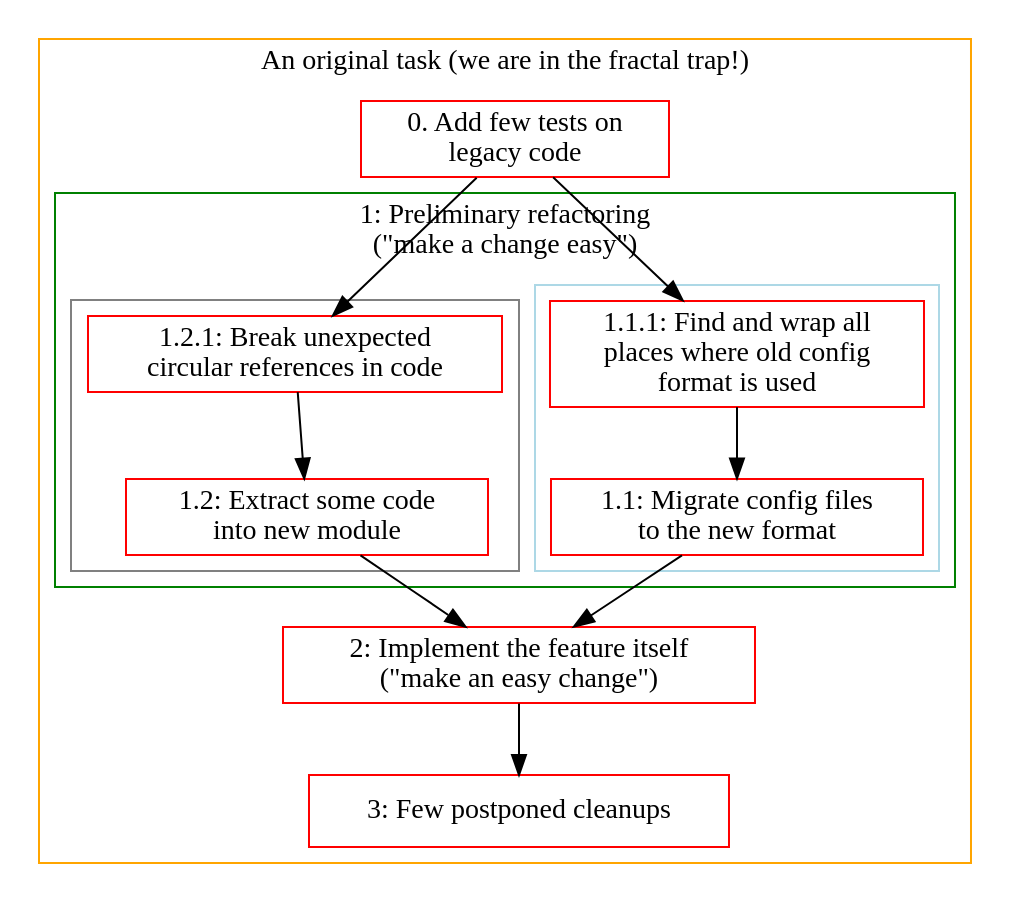
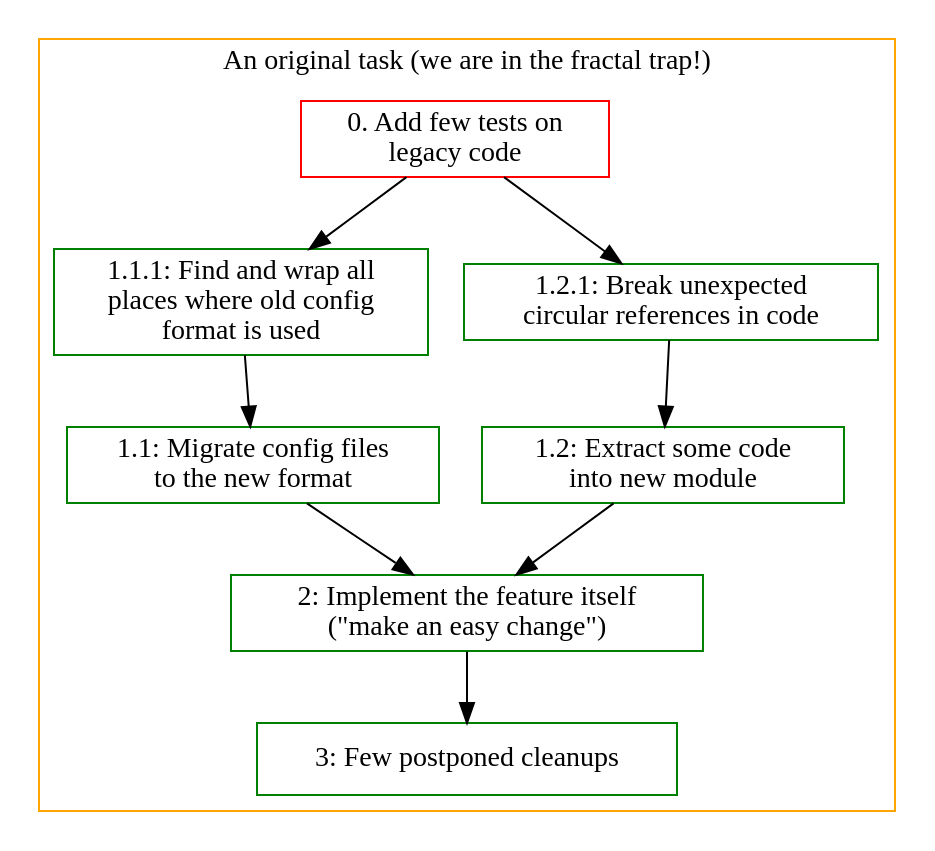
One commit to ahitrin/ahitrin.github.com changed the diagram in src/list-vs-fractals/4.dot. Above: the diagram before and after it, drawn with Graphviz. The commit also changed 14 other files, not shown here.

```diff
--- a/src/list-vs-fractals/4.dot
+++ b/src/list-vs-fractals/4.dot
@@ -1,44 +1,31 @@
 digraph g {
-node [shape=box, color=red];
+node [shape=box, color=green];
 edge [color=black];
 subgraph cluster_0 {
     color=orange;
     label = "An original task (we are in the fractal trap!)";
-    subgraph cluster_1 {
-        color = green;
-        label="1: Preliminary refactoring
-(&quot;make a change easy&quot;)";
 
-        subgraph cluster_2 {
-            label = "";
-            color = lightblue;
-            6 [label="1.1: Migrate config files
+6 [label="1.1: Migrate config files
 to the new format"];
-            7 [label="1.1.1: Find and wrap all
+7 [label="1.1.1: Find and wrap all
 places where old config
 format is used"];
-            7 -> 6;
-        }
+7 -> 6;
 
-        subgraph cluster_3 {
-            color = grey;
-            label = "";
-            5 [label="1.2: Extract some code
+5 [label="1.2: Extract some code
 into new module"];
-            8 [label="1.2.1: Break unexpected
+8 [label="1.2.1: Break unexpected
 circular references in code"];
-            8 -> 5;
-        }
-    }
+8 -> 5;
 3 [label="2: Implement the feature itself
 (&quot;make an easy change&quot;)"];
 4 [label="3: Few postponed cleanups"];
 9 [label="0. Add few tests on
-legacy code"];
+legacy code", color=red];
 3 -> 4;
 5 -> 3;
 6 -> 3;
 9 -> 7;
 9 -> 8;
 }
 }
```
